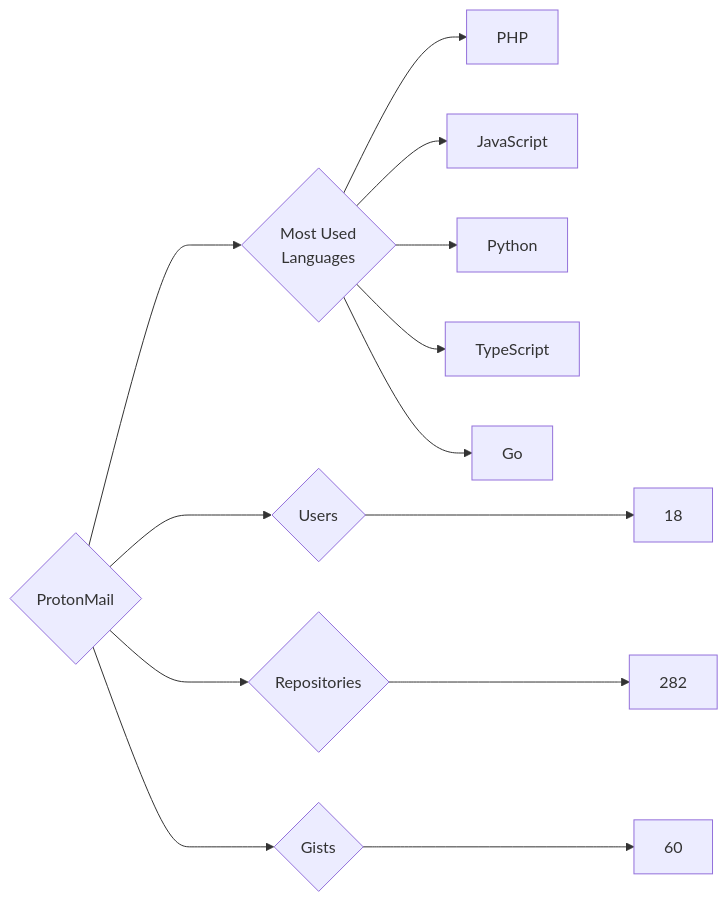
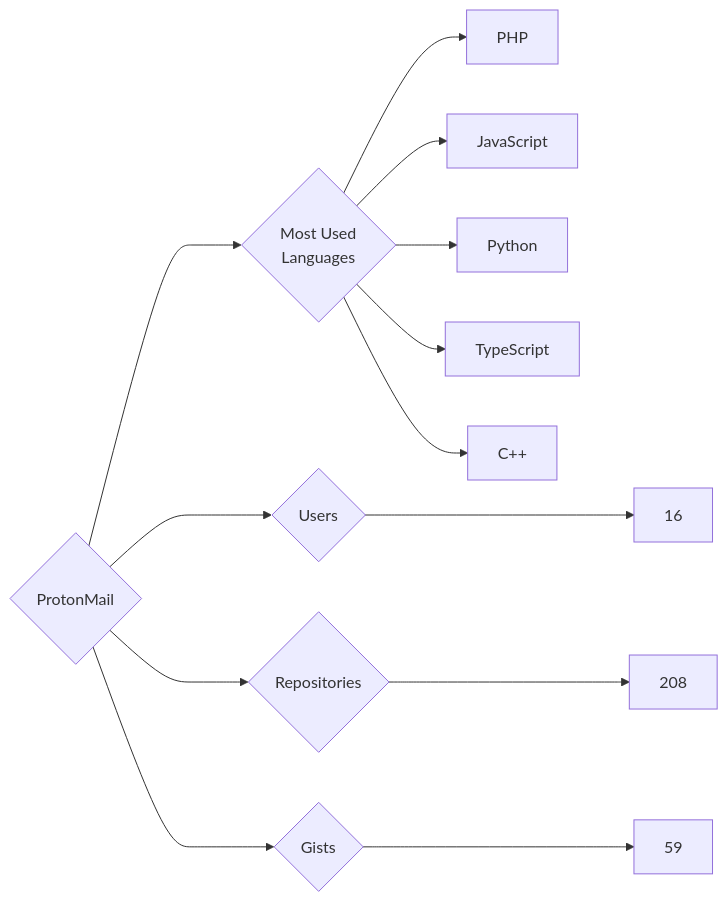
The diagram in targets/ProtonMail/README.md (trickest/insiders), drawn with Mermaid before and after one commit. The commit also changed 973 other files, not shown here.

````diff
--- a/targets/ProtonMail/README.md
+++ b/targets/ProtonMail/README.md
@@ -3,13 +3,13 @@
 ```mermaid
 graph LR
 COMPANY_NAME{ProtonMail}
-COMPANY_NAME ---> U{Users} ---> UN[18]
-COMPANY_NAME ---> R{Repositories} ---> RN[282]
-COMPANY_NAME ---> G{Gists} ---> GN[60]
+COMPANY_NAME ---> U{Users} ---> UN[16]
+COMPANY_NAME ---> R{Repositories} ---> RN[208]
+COMPANY_NAME ---> G{Gists} ---> GN[59]
 COMPANY_NAME ---> ML{Most Used<br>Languages}
 ML --> PHP[PHP]
 ML --> JavaScript[JavaScript]
 ML --> Python[Python]
 ML --> TypeScript[TypeScript]
-ML --> Go[Go]
+ML --> C++[C++]
 ```
````
